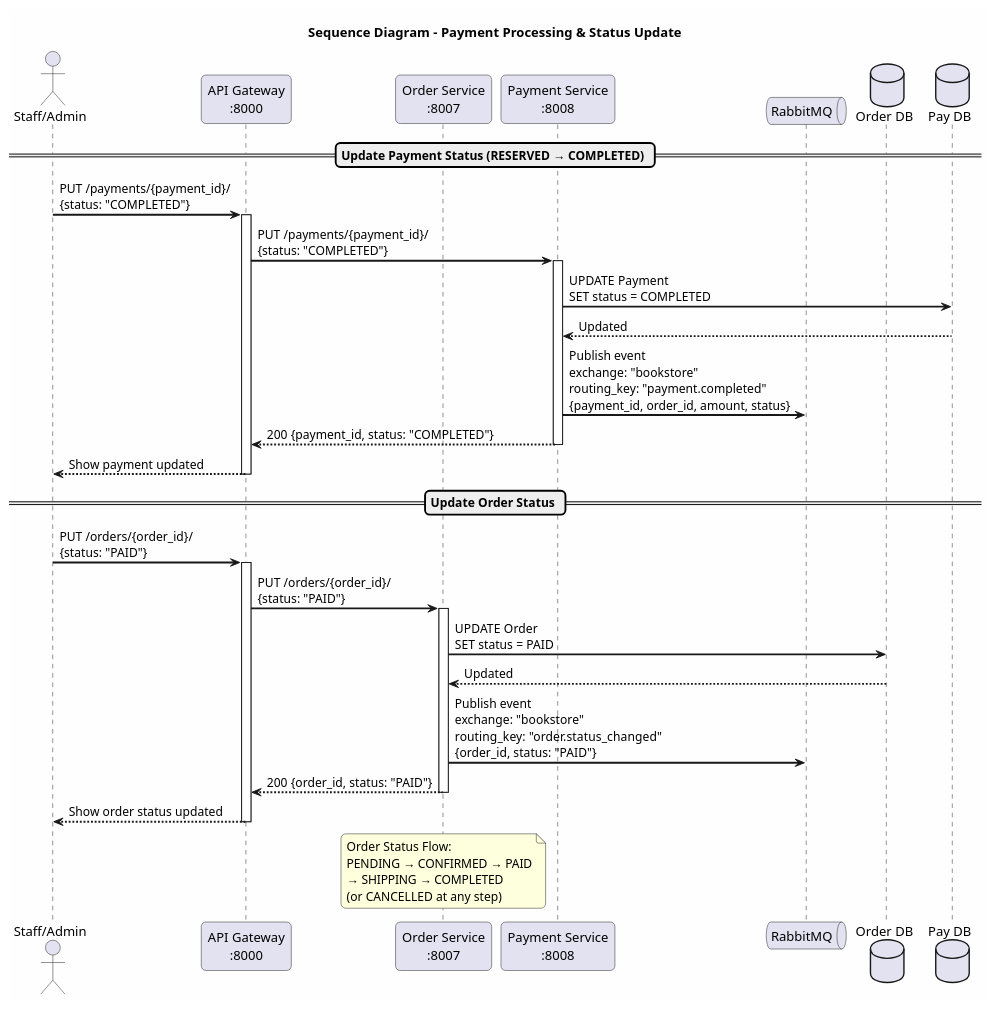
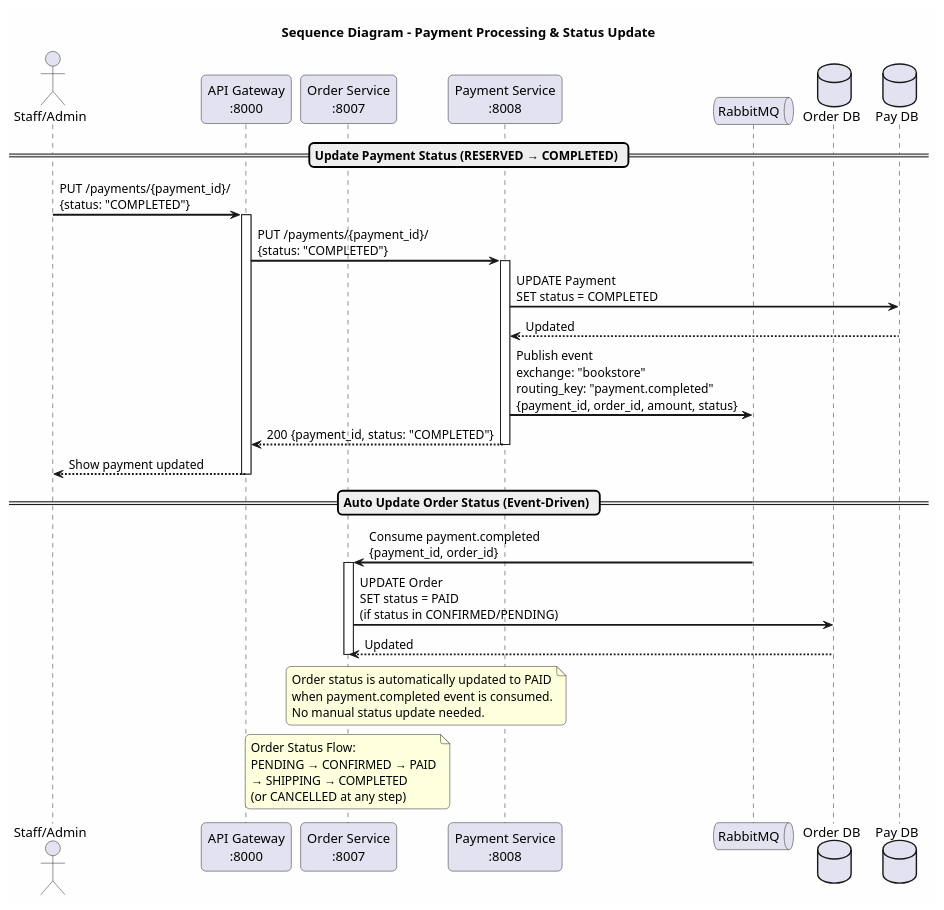
One commit to SonLamHG/Book-microservice changed the sixth of 13 diagrams in docs/sequence-diagrams.puml. Above: the diagram before and after it, drawn with PlantUML. The commit also changed other lines of this file and 32 other files, not shown here.

First line of the commit message:
feat: Implement event-driven architecture for user registration and order status updates

```diff
--- a/docs/sequence-diagrams.puml
+++ b/docs/sequence-diagrams.puml
@@ -404,60 +416,55 @@
 @startuml 06_Payment_Processing
 title Sequence Diagram - Payment Processing & Status Update
 skinparam backgroundColor #FEFEFE
 skinparam sequenceArrowThickness 2
 skinparam roundcorner 10
 
 actor "Staff/Admin" as staff
 participant "API Gateway\n:8000" as gw
 participant "Order Service\n:8007" as order
 participant "Payment Service\n:8008" as pay
 queue "RabbitMQ" as mq
 database "Order DB" as orderdb
 database "Pay DB" as paydb
 
 == Update Payment Status (RESERVED → COMPLETED) ==
 
 staff -> gw : PUT /payments/{payment_id}/\n{status: "COMPLETED"}
 activate gw
 
 gw -> pay : PUT /payments/{payment_id}/\n{status: "COMPLETED"}
 activate pay
 
 pay -> paydb : UPDATE Payment\nSET status = COMPLETED
 paydb --> pay : Updated
 
 pay -> mq : Publish event\nexchange: "bookstore"\nrouting_key: "payment.completed"\n{payment_id, order_id, amount, status}
 
 pay --> gw : 200 {payment_id, status: "COMPLETED"}
 deactivate pay
 
 gw --> staff : Show payment updated
 deactivate gw
 
-== Update Order Status ==
+== Auto Update Order Status (Event-Driven) ==
 
-staff -> gw : PUT /orders/{order_id}/\n{status: "PAID"}
-activate gw
-
-gw -> order : PUT /orders/{order_id}/\n{status: "PAID"}
+mq -> order : Consume payment.completed\n{payment_id, order_id}
 activate order
-
-order -> orderdb : UPDATE Order\nSET status = PAID
+order -> orderdb : UPDATE Order\nSET status = PAID\n(if status in CONFIRMED/PENDING)
 orderdb --> order : Updated
-
-order -> mq : Publish event\nexchange: "bookstore"\nrouting_key: "order.status_changed"\n{order_id, status: "PAID"}
-
-order --> gw : 200 {order_id, status: "PAID"}
 deactivate order
 
-gw --> staff : Show order status updated
-deactivate gw
+note over pay, order
+  Order status is automatically updated to PAID
+  when payment.completed event is consumed.
+  No manual status update needed.
+end note
 
 note over order
   Order Status Flow:
   PENDING → CONFIRMED → PAID
   → SHIPPING → COMPLETED
   (or CANCELLED at any step)
 end note
 
 @enduml
```
